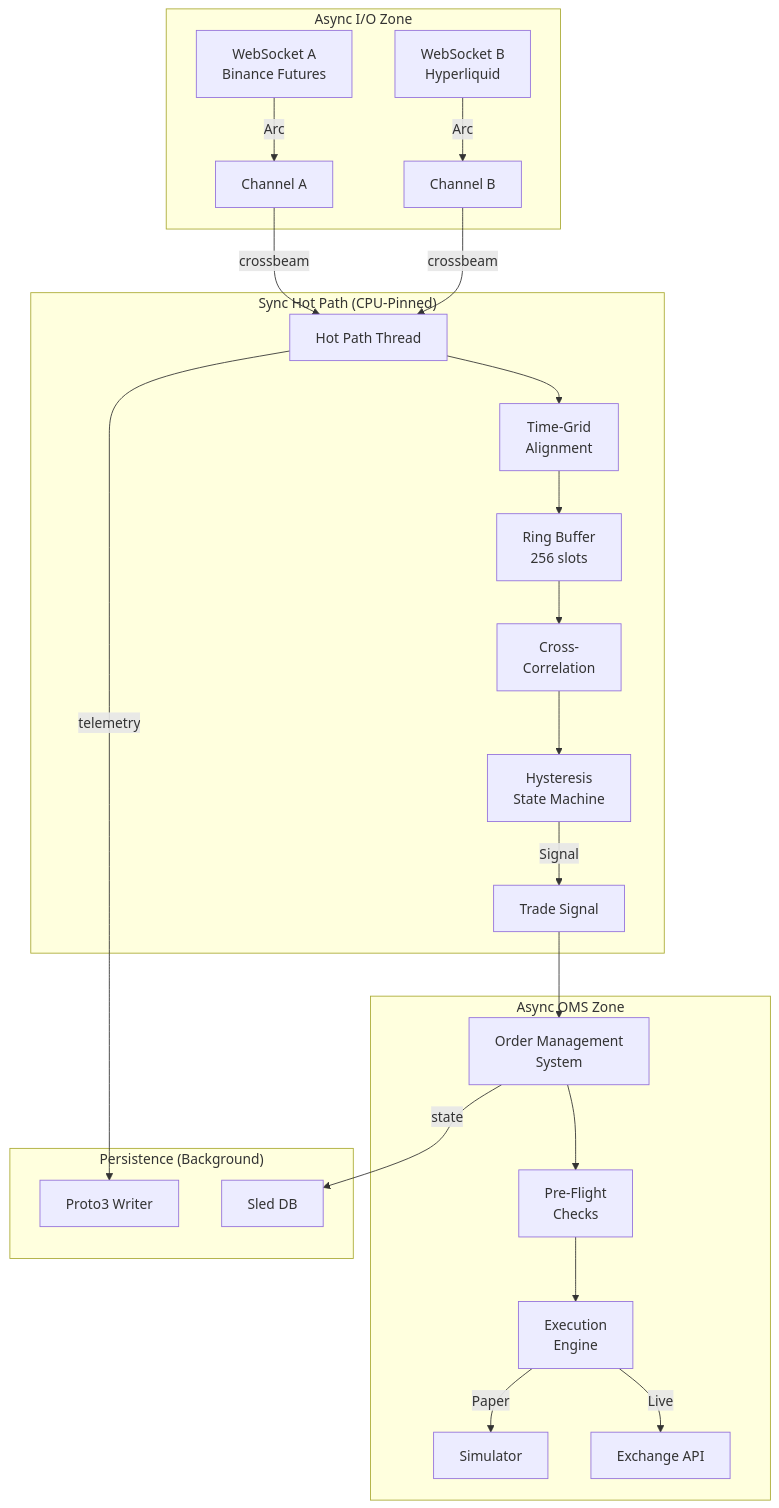
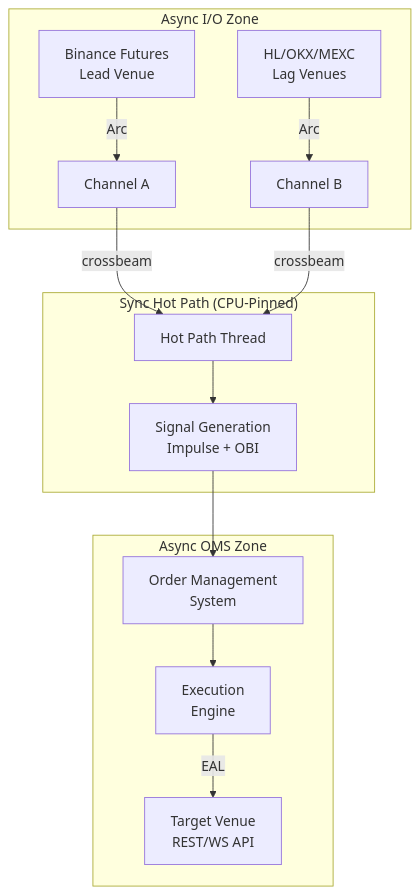
One commit to welloul/Leadlag changed the diagram in docs/README.md. Above: the diagram before and after it, drawn with Mermaid. The commit also changed other lines of this file and 20 other files, not shown here.

First line of the commit message:
feat(multi-exchange): v0.6.1 - fix OKX symbol normalization & books5 upgrade

````diff
--- a/docs/README.md
+++ b/docs/README.md
@@ -5,32 +5,21 @@
 ```mermaid
 graph TB
     subgraph "Async I/O Zone"
-        WS_A[WebSocket A<br/>Binance Futures]
-        WS_B[WebSocket B<br/>Hyperliquid]
-        WS_A -->|Arc<Tick>| CH_A[Channel A]
-        WS_B -->|Arc<Tick>| CH_B[Channel B]
+        WS_Lead[Binance Futures<br/>Lead Venue]
+        WS_Lag[HL/OKX/MEXC<br/>Lag Venues]
+        WS_Lead -->|Arc<Tick>| CH_A[Channel A]
+        WS_Lag -->|Arc<Tick>| CH_B[Channel B]
     end
 
     subgraph "Sync Hot Path (CPU-Pinned)"
         CH_A -->|crossbeam| HP[Hot Path Thread]
         CH_B -->|crossbeam| HP
-        HP --> TG[Time-Grid<br/>Alignment]
-        TG --> RB[Ring Buffer<br/>256 slots]
-        RB --> CC[Cross-<br/>Correlation]
-        CC --> HY[Hysteresis<br/>State Machine]
-        HY -->|Signal| SIG[Trade Signal]
+        HP --> SIG[Signal Generation<br/>Impulse + OBI]
     end
 
     subgraph "Async OMS Zone"
         SIG --> OMS[Order Management<br/>System]
-        OMS --> PF[Pre-Flight<br/>Checks]
-        PF --> EX[Execution<br/>Engine]
-        EX -->|Paper| SIM[Simulator]
-        EX -->|Live| LIVE[Exchange API]
-    end
-
-    subgraph "Persistence (Background)"
-        HP -->|telemetry| TEL[Proto3 Writer]
-        OMS -->|state| DB[Sled DB]
+        OMS --> EX[Execution<br/>Engine]
+        EX -->|EAL| VEN[Target Venue<br/>REST/WS API]
     end
 ```
````
